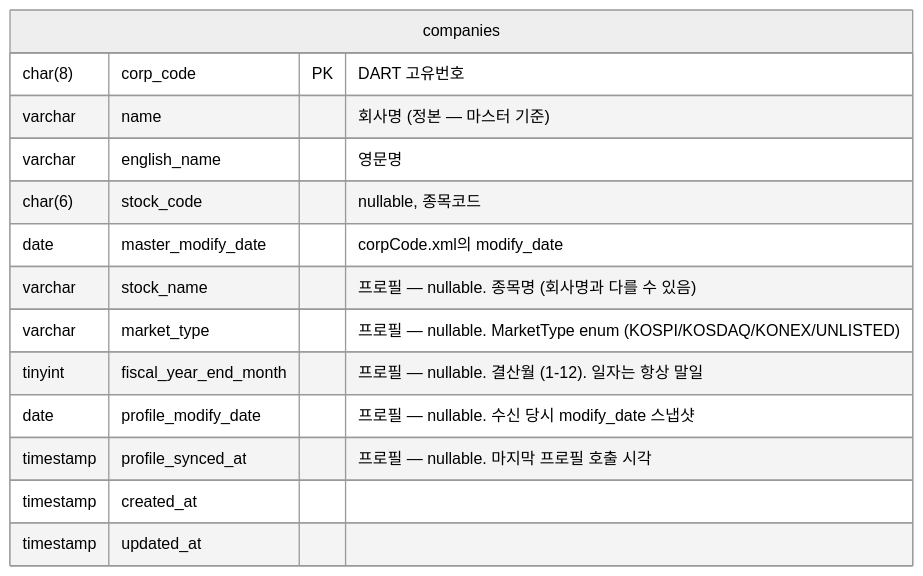
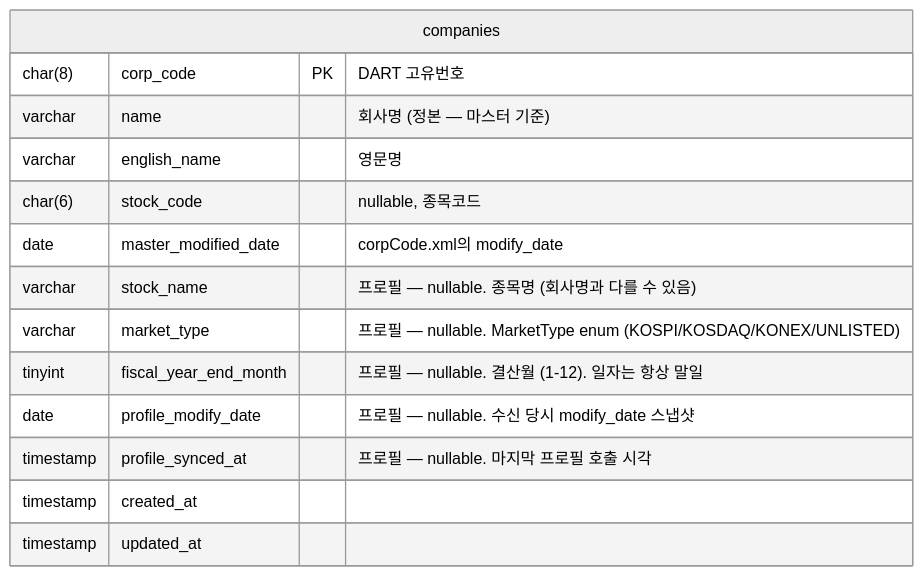
The diagram in docs/specs/company.md (gukin-han/e-invest-lab), drawn with Mermaid (neutral theme) before and after one commit. The commit also changed other lines of this file and 4 other files, not shown here.

````diff
--- a/docs/specs/company.md
+++ b/docs/specs/company.md
@@ -175,19 +175,19 @@
 ```mermaid
 erDiagram
     companies {
         char(8)   corp_code             PK "DART 고유번호"
         varchar   name                      "회사명 (정본 — 마스터 기준)"
         varchar   english_name              "영문명"
         char(6)   stock_code                "nullable, 종목코드"
-        date      master_modify_date        "corpCode.xml의 modify_date"
+        date      master_modified_date        "corpCode.xml의 modify_date"
 
         varchar   stock_name                "프로필 — nullable. 종목명 (회사명과 다를 수 있음)"
         varchar   market_type               "프로필 — nullable. MarketType enum (KOSPI/KOSDAQ/KONEX/UNLISTED)"
         tinyint   fiscal_year_end_month     "프로필 — nullable. 결산월 (1-12). 일자는 항상 말일"
         date      profile_modify_date       "프로필 — nullable. 수신 당시 modify_date 스냅샷"
         timestamp profile_synced_at         "프로필 — nullable. 마지막 프로필 호출 시각"
 
         timestamp created_at
         timestamp updated_at
     }
 ```
````
